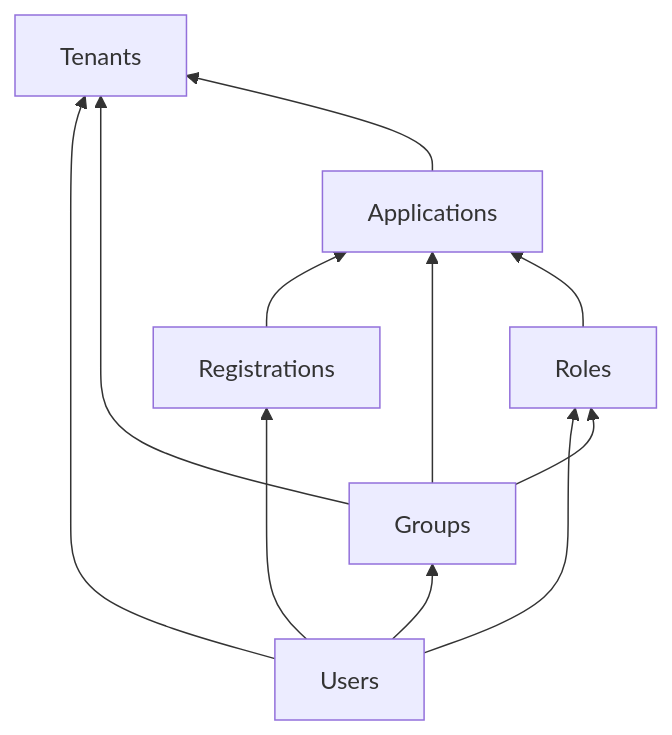
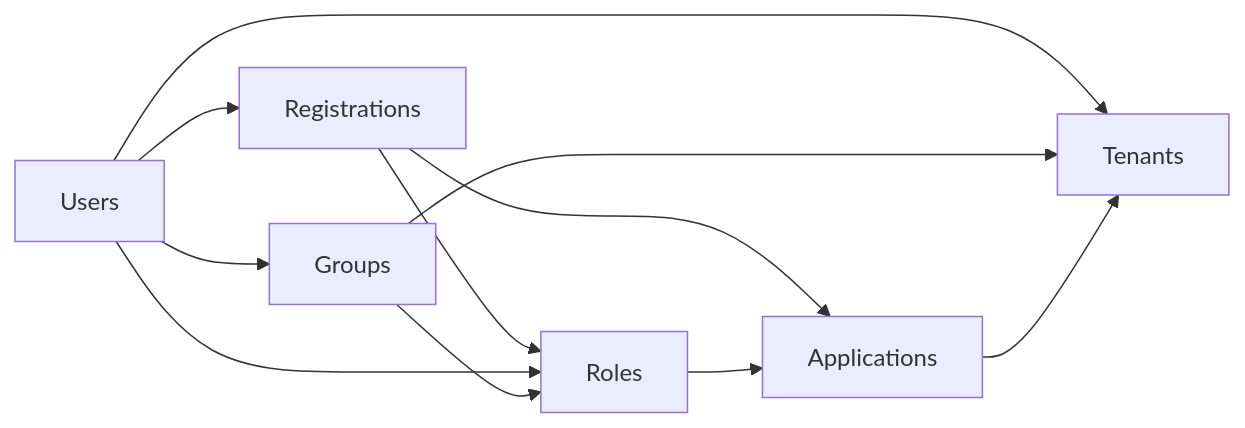
The diagram in astro/src/content/docs/lifecycle/migrate-users/offboard.mdx (FusionAuth/fusionauth-site), drawn with Mermaid before and after one commit. The commit also changed other lines of this file, not shown here.

````diff
--- a/astro/src/content/docs/lifecycle/migrate-users/offboard.mdx
+++ b/astro/src/content/docs/lifecycle/migrate-users/offboard.mdx
@@ -86,13 +87,13 @@
 ```mermaid
-graph BT
+graph LR
     Users --> Registrations
     Registrations --> Applications
+    Registrations --> Roles
     Users --> Groups
     Users --> Tenants
     Users --> Roles
     Groups --> Tenants
     Groups --> Roles
-    Groups --> Applications
     Roles --> Applications
     Applications --> Tenants
 ```
````
